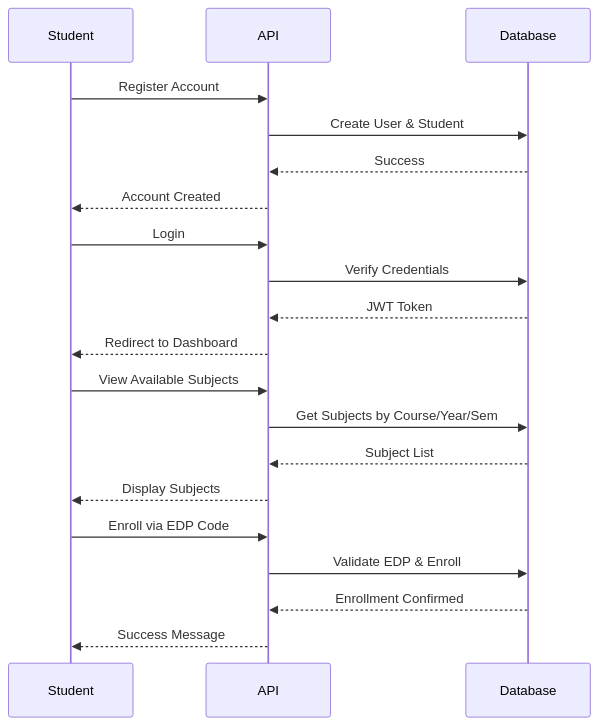
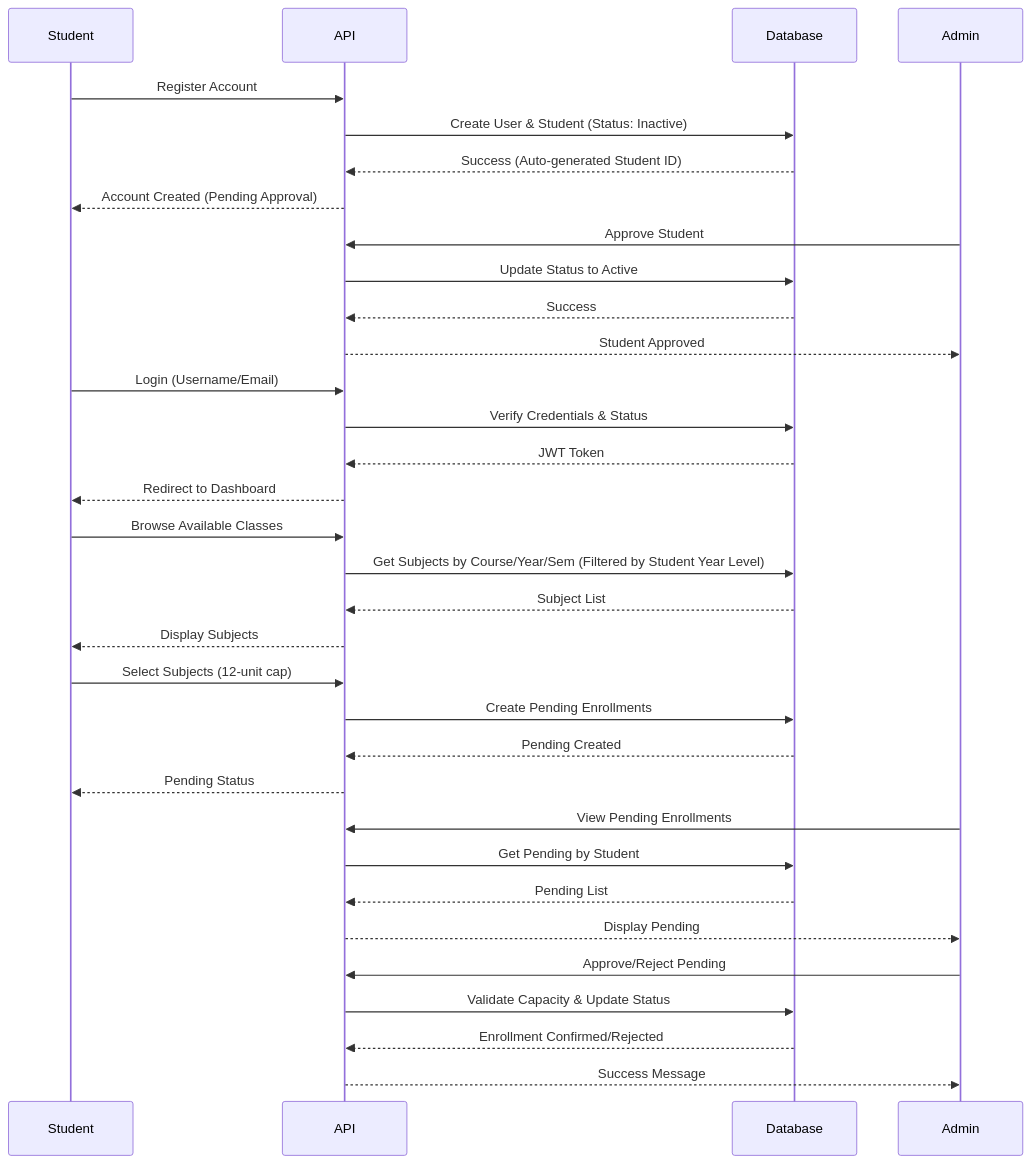
Before and after one commit to Froillan123/StudentPeformanceTracker: the fourth of 6 diagrams in README.md, drawn with Mermaid. The commit also changed other lines of this file, not shown here.

````diff
--- a/README.md
+++ b/README.md
@@ -169,26 +208,42 @@
 ```mermaid
 sequenceDiagram
     participant S as Student
     participant API as API
     participant DB as Database
+    participant A as Admin
     
     S->>API: Register Account
-    API->>DB: Create User & Student
+    API->>DB: Create User & Student (Status: Inactive)
+    DB-->>API: Success (Auto-generated Student ID)
+    API-->>S: Account Created (Pending Approval)
+    
+    A->>API: Approve Student
+    API->>DB: Update Status to Active
     DB-->>API: Success
-    API-->>S: Account Created
+    API-->>A: Student Approved
     
-    S->>API: Login
-    API->>DB: Verify Credentials
+    S->>API: Login (Username/Email)
+    API->>DB: Verify Credentials & Status
     DB-->>API: JWT Token
     API-->>S: Redirect to Dashboard
     
-    S->>API: View Available Subjects
-    API->>DB: Get Subjects by Course/Year/Sem
+    S->>API: Browse Available Classes
+    API->>DB: Get Subjects by Course/Year/Sem (Filtered by Student Year Level)
     DB-->>API: Subject List
     API-->>S: Display Subjects
     
-    S->>API: Enroll via EDP Code
-    API->>DB: Validate EDP & Enroll
-    DB-->>API: Enrollment Confirmed
-    API-->>S: Success Message
+    S->>API: Select Subjects (12-unit cap)
+    API->>DB: Create Pending Enrollments
+    DB-->>API: Pending Created
+    API-->>S: Pending Status
+    
+    A->>API: View Pending Enrollments
+    API->>DB: Get Pending by Student
+    DB-->>API: Pending List
+    API-->>A: Display Pending
+    
+    A->>API: Approve/Reject Pending
+    API->>DB: Validate Capacity & Update Status
+    DB-->>API: Enrollment Confirmed/Rejected
+    API-->>A: Success Message
 ```
````
